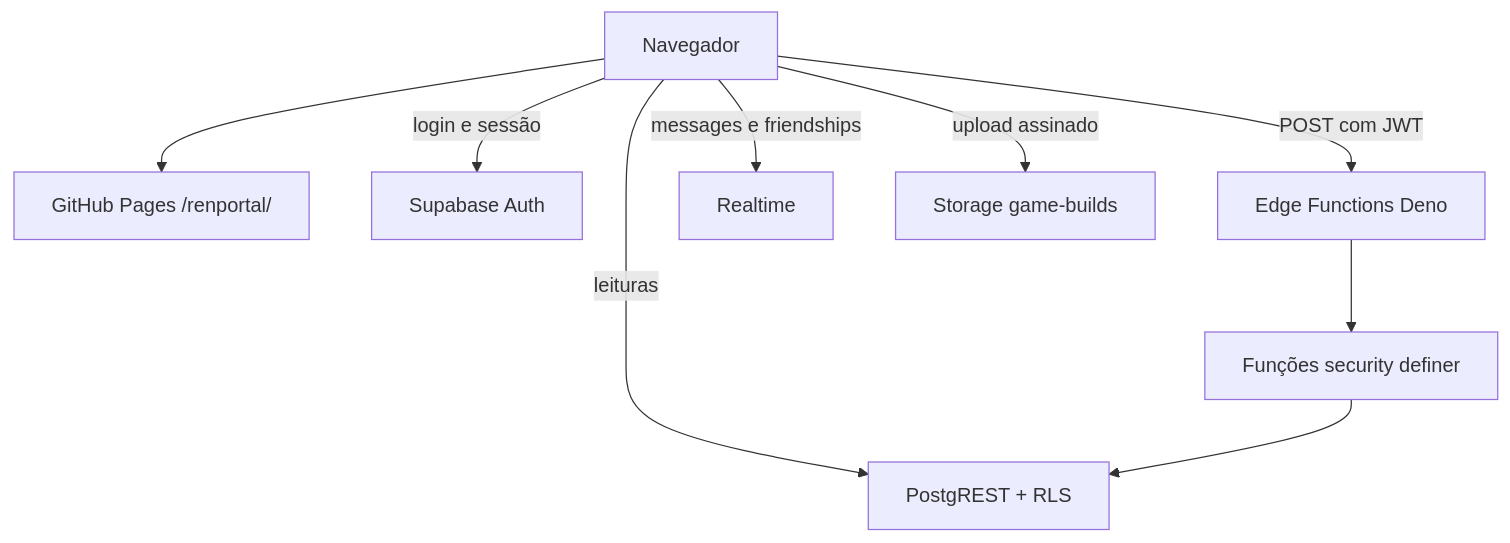
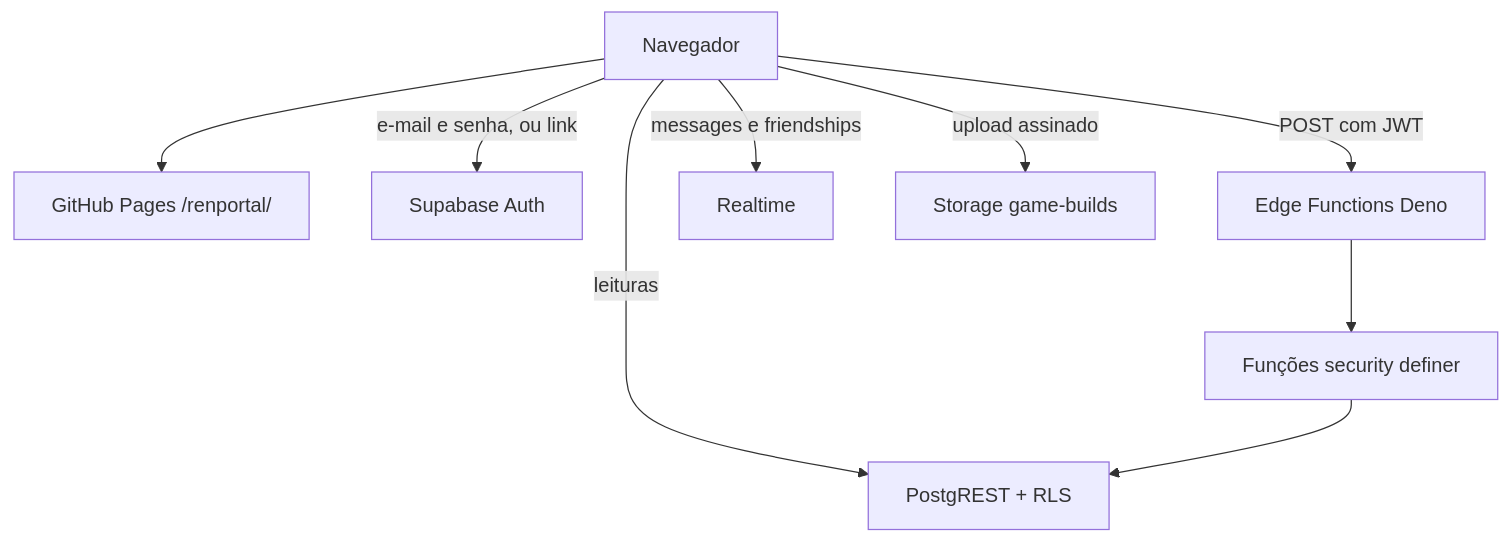
One commit to rodrigomiquilino/renportal changed the first of 2 diagrams in docs/ARCHITECTURE.md. Above: the diagram before and after it, drawn with Mermaid. The commit also changed 19 other files, not shown here.

First line of the commit message:
feat: entrada só com e-mail e senha ou link

````diff
--- a/docs/ARCHITECTURE.md
+++ b/docs/ARCHITECTURE.md
@@ -9,20 +9,20 @@
 ```mermaid
 flowchart TB
   Browser[Navegador]
   Pages[GitHub Pages /renportal/]
   Auth[Supabase Auth]
   Rest[PostgREST + RLS]
   Fn[Edge Functions Deno]
   Sql[Funções security definer]
   Rt[Realtime]
   Bucket[Storage game-builds]
 
   Browser --> Pages
-  Browser -->|login e sessão| Auth
+  Browser -->|e-mail e senha, ou link| Auth
   Browser -->|leituras| Rest
   Browser -->|POST com JWT| Fn
   Fn --> Sql
   Sql --> Rest
   Browser -->|messages e friendships| Rt
   Browser -->|upload assinado| Bucket
 ```
````
